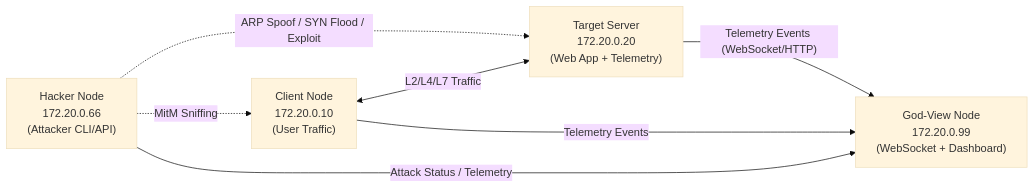
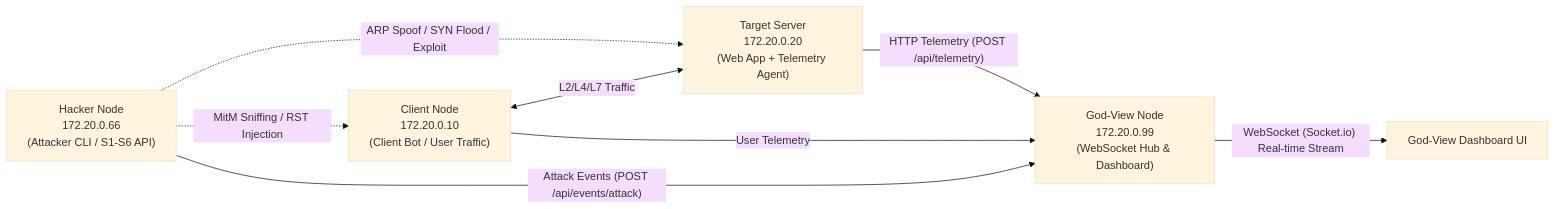
The first of 2 diagrams in docs/architecture/system-architecture.md (Kaisrtia/pbl4), drawn with Mermaid (base theme) before and after one commit. The commit also changed other lines of this file and 8 other files, not shown here.

Commit message:
docs(specs): synchronize all specifications and architecture with plan.pdf (#11)

````diff
--- a/docs/architecture/system-architecture.md
+++ b/docs/architecture/system-architecture.md
@@ -32,14 +44,15 @@
 ```mermaid
 flowchart LR
-    Client["Client Node\n172.20.0.10\n(User Traffic)"]
-    Hacker["Hacker Node\n172.20.0.66\n(Attacker CLI/API)"]
-    Server["Target Server\n172.20.0.20\n(Web App + Telemetry)"]
-    GodView["God-View Node\n172.20.0.99\n(WebSocket + Dashboard)"]
+    Client["Client Node\n172.20.0.10\n(Client Bot / User Traffic)"]
+    Hacker["Hacker Node\n172.20.0.66\n(Attacker CLI / S1-S6 API)"]
+    Server["Target Server\n172.20.0.20\n(Web App + Telemetry Agent)"]
+    GodView["God-View Node\n172.20.0.99\n(WebSocket Hub & Dashboard)"]
 
     Client <-->|"L2/L4/L7 Traffic"| Server
     Hacker -.->|"ARP Spoof / SYN Flood / Exploit"| Server
-    Hacker -.->|"MitM Sniffing"| Client
-    Server -->|"Telemetry Events (WebSocket/HTTP)"| GodView
-    Client -->|"Telemetry Events"| GodView
-    Hacker -->|"Attack Status / Telemetry"| GodView
+    Hacker -.->|"MitM Sniffing / RST Injection"| Client
+    Server -->|"HTTP Telemetry (POST /api/telemetry)"| GodView
+    Hacker -->|"Attack Events (POST /api/events/attack)"| GodView
+    Client -->|"User Telemetry"| GodView
+    GodView -->|"WebSocket (Socket.io) Real-time Stream"| BrowserUI["God-View Dashboard UI"]
 ```
````
